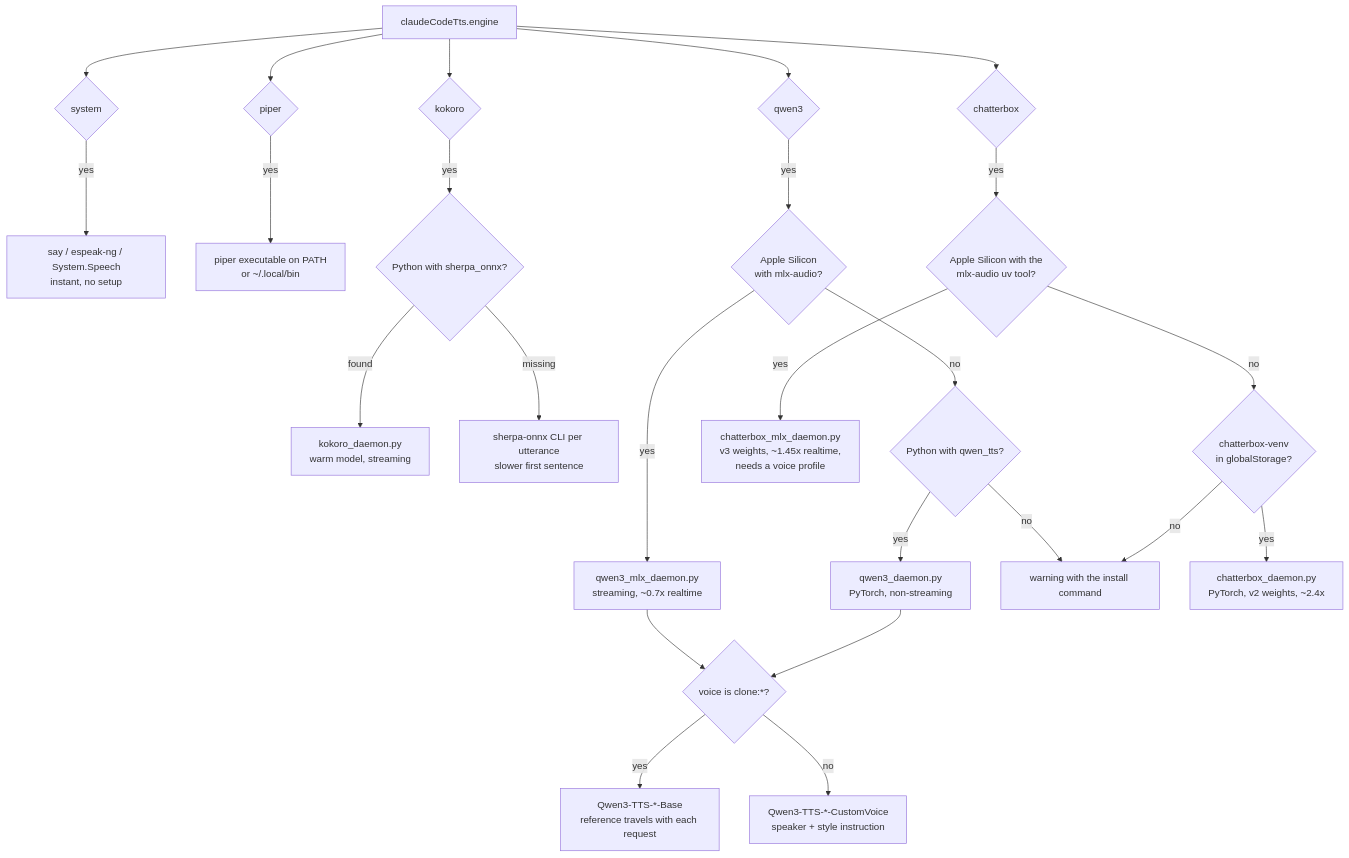
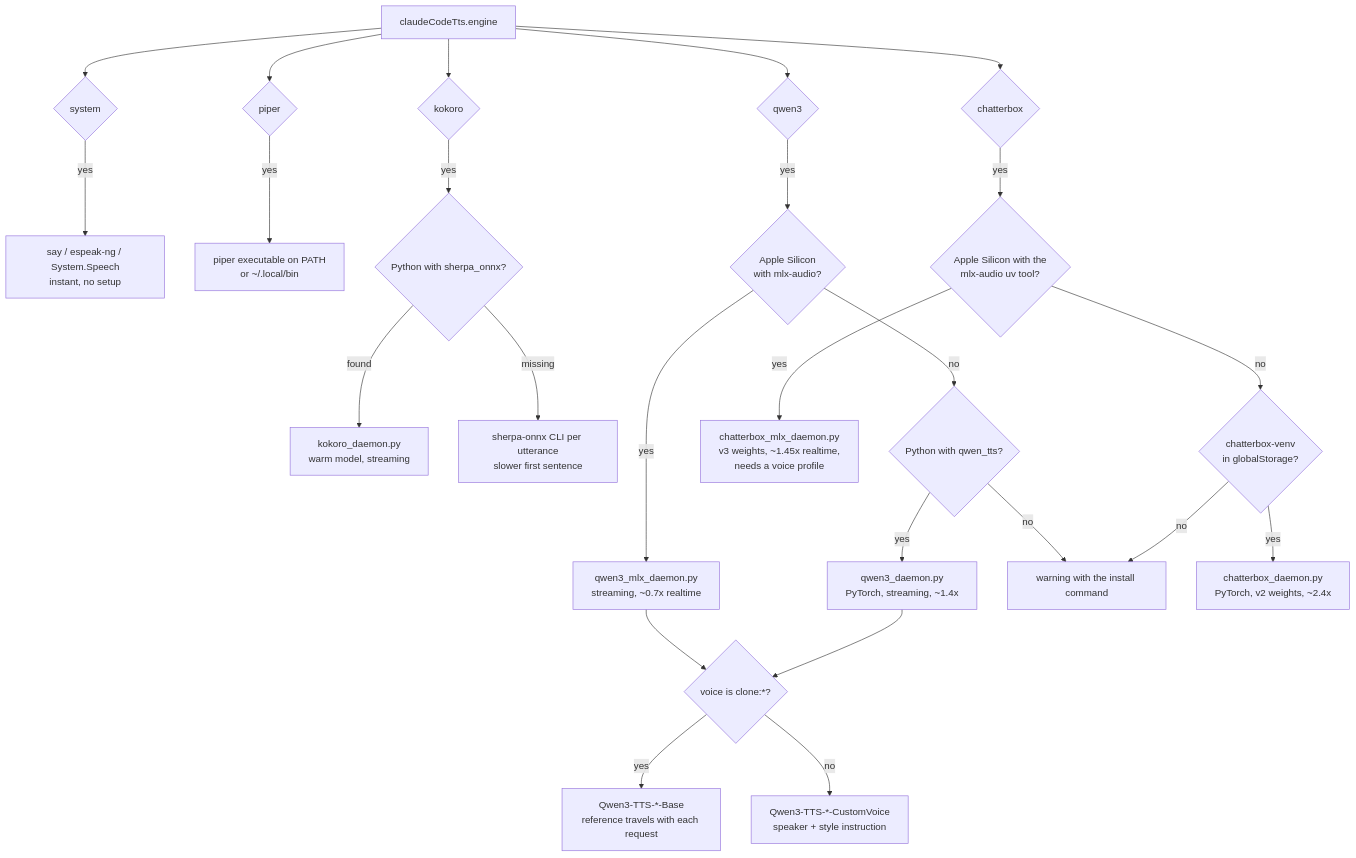
One commit to giladreich/claude-code-tts changed the fourth of 10 diagrams in docs/ARCHITECTURE.md. Above: the diagram before and after it, drawn with Mermaid. The commit also changed other lines of this file and 15 other files, not shown here.

````diff
--- a/docs/ARCHITECTURE.md
+++ b/docs/ARCHITECTURE.md
@@ -86,27 +86,27 @@
 ```mermaid
 flowchart TD
     A["claudeCodeTts.engine"] --> B{system}
     B -->|yes| SAY["say / espeak-ng / System.Speech<br/>instant, no setup"]
     A --> C{piper}
     C -->|yes| PIP["piper executable on PATH<br/>or ~/.local/bin"]
     A --> D{kokoro}
     D -->|yes| E{"Python with sherpa_onnx?"}
     E -->|found| KD["kokoro_daemon.py<br/>warm model, streaming"]
     E -->|missing| KC["sherpa-onnx CLI per utterance<br/>slower first sentence"]
     A --> F{qwen3}
     F -->|yes| G{"Apple Silicon<br/>with mlx-audio?"}
     G -->|yes| MLX["qwen3_mlx_daemon.py<br/>streaming, ~0.7x realtime"]
     G -->|no| H{"Python with qwen_tts?"}
-    H -->|yes| TORCH["qwen3_daemon.py<br/>PyTorch, non-streaming"]
+    H -->|yes| TORCH["qwen3_daemon.py<br/>PyTorch, streaming, ~1.4x"]
     H -->|no| WARN["warning with the install command"]
     A --> J{chatterbox}
     J -->|yes| K{"Apple Silicon with the<br/>mlx-audio uv tool?"}
     K -->|yes| CMLX["chatterbox_mlx_daemon.py<br/>v3 weights, ~1.45x realtime,<br/>needs a voice profile"]
     K -->|no| L{"chatterbox-venv<br/>in globalStorage?"}
     L -->|yes| CTORCH["chatterbox_daemon.py<br/>PyTorch, v2 weights, ~2.4x"]
     L -->|no| WARN
     MLX --> I{"voice is clone:*?"}
     TORCH --> I
     I -->|yes| BASE["Qwen3-TTS-*-Base<br/>reference travels with each request"]
     I -->|no| CV["Qwen3-TTS-*-CustomVoice<br/>speaker + style instruction"]
 ```
````
